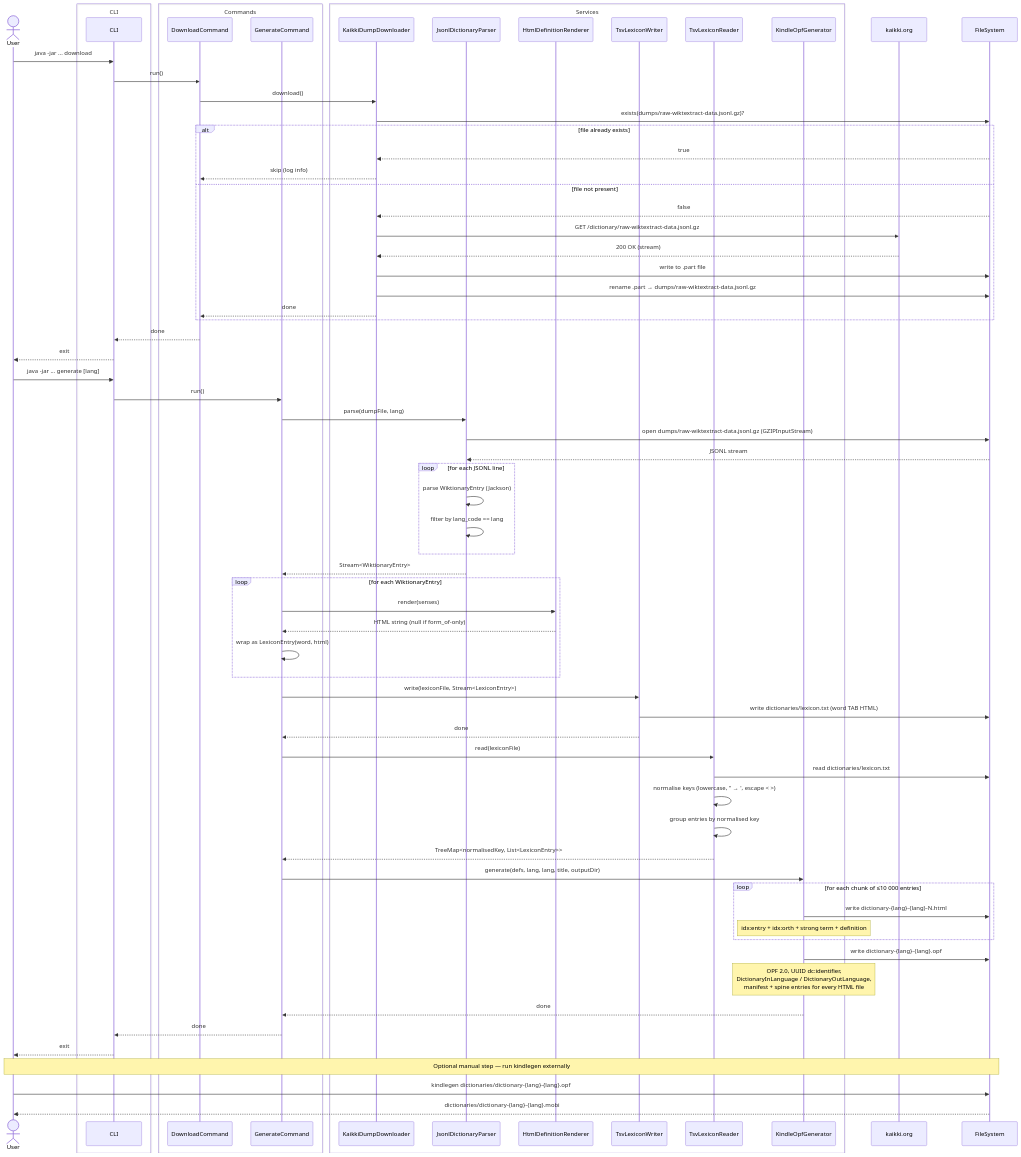
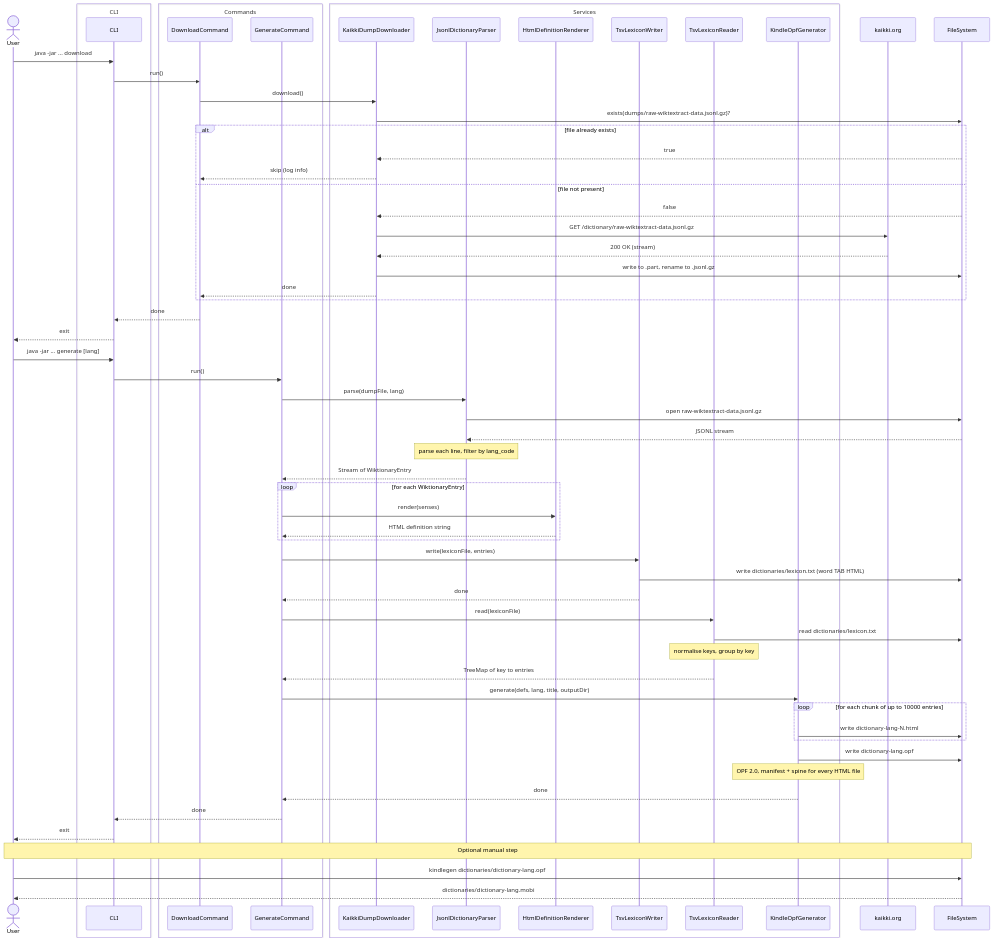
One commit to nyg/wiktionary-to-kindle changed the diagram in docs/program-flow.md. Above: the diagram before and after it, drawn with Mermaid.

Commit message:
docs: fix Mermaid diagram syntax in program-flow
Remove angle brackets in generic type labels, special Unicode chars
(→, ≤), self-referential arrows, and curly-brace placeholders — all
of which break GitHub's Mermaid renderer.

````diff
--- a/docs/program-flow.md
+++ b/docs/program-flow.md
@@ -39,8 +39,7 @@
         FileSystem-->>KaikkiDumpDownloader: false
         KaikkiDumpDownloader->>kaikki.org: GET /dictionary/raw-wiktextract-data.jsonl.gz
         kaikki.org-->>KaikkiDumpDownloader: 200 OK (stream)
-        KaikkiDumpDownloader->>FileSystem: write to .part file
-        KaikkiDumpDownloader->>FileSystem: rename .part → dumps/raw-wiktextract-data.jsonl.gz
+        KaikkiDumpDownloader->>FileSystem: write to .part, rename to .jsonl.gz
         KaikkiDumpDownloader-->>DownloadCommand: done
     end
 
@@ -53,48 +52,40 @@
     CLI->>GenerateCommand: run()
 
     GenerateCommand->>JsonlDictionaryParser: parse(dumpFile, lang)
-    JsonlDictionaryParser->>FileSystem: open dumps/raw-wiktextract-data.jsonl.gz (GZIPInputStream)
+    JsonlDictionaryParser->>FileSystem: open raw-wiktextract-data.jsonl.gz
     FileSystem-->>JsonlDictionaryParser: JSONL stream
-
-    loop for each JSONL line
-        JsonlDictionaryParser->>JsonlDictionaryParser: parse WiktionaryEntry (Jackson)
-        JsonlDictionaryParser->>JsonlDictionaryParser: filter by lang_code == lang
-    end
-
-    JsonlDictionaryParser-->>GenerateCommand: Stream<WiktionaryEntry>
+    Note over JsonlDictionaryParser: parse each line, filter by lang_code
+    JsonlDictionaryParser-->>GenerateCommand: Stream of WiktionaryEntry
 
     loop for each WiktionaryEntry
         GenerateCommand->>HtmlDefinitionRenderer: render(senses)
-        HtmlDefinitionRenderer-->>GenerateCommand: HTML string (null if form_of-only)
-        GenerateCommand->>GenerateCommand: wrap as LexiconEntry(word, html)
+        HtmlDefinitionRenderer-->>GenerateCommand: HTML definition string
     end
 
-    GenerateCommand->>TsvLexiconWriter: write(lexiconFile, Stream<LexiconEntry>)
+    GenerateCommand->>TsvLexiconWriter: write(lexiconFile, entries)
     TsvLexiconWriter->>FileSystem: write dictionaries/lexicon.txt (word TAB HTML)
     TsvLexiconWriter-->>GenerateCommand: done
 
     GenerateCommand->>TsvLexiconReader: read(lexiconFile)
     TsvLexiconReader->>FileSystem: read dictionaries/lexicon.txt
-    TsvLexiconReader->>TsvLexiconReader: normalise keys (lowercase, " → ', escape < >)
-    TsvLexiconReader->>TsvLexiconReader: group entries by normalised key
-    TsvLexiconReader-->>GenerateCommand: TreeMap<normalisedKey, List<LexiconEntry>>
+    Note over TsvLexiconReader: normalise keys, group by key
+    TsvLexiconReader-->>GenerateCommand: TreeMap of key to entries
 
-    GenerateCommand->>KindleOpfGenerator: generate(defs, lang, lang, title, outputDir)
+    GenerateCommand->>KindleOpfGenerator: generate(defs, lang, title, outputDir)
 
-    loop for each chunk of ≤10 000 entries
-        KindleOpfGenerator->>FileSystem: write dictionary-{lang}-{lang}-N.html
-        Note over KindleOpfGenerator: idx:entry + idx:orth + strong term + definition
+    loop for each chunk of up to 10000 entries
+        KindleOpfGenerator->>FileSystem: write dictionary-lang-N.html
     end
 
-    KindleOpfGenerator->>FileSystem: write dictionary-{lang}-{lang}.opf
-    Note over KindleOpfGenerator: OPF 2.0, UUID dc:identifier,<br/>DictionaryInLanguage / DictionaryOutLanguage,<br/>manifest + spine entries for every HTML file
+    KindleOpfGenerator->>FileSystem: write dictionary-lang.opf
+    Note over KindleOpfGenerator: OPF 2.0, manifest + spine for every HTML file
 
     KindleOpfGenerator-->>GenerateCommand: done
     GenerateCommand-->>CLI: done
     CLI-->>User: exit
 
     %% ── kindlegen (manual step) ───────────────────────────────────────────────
-    Note over User,FileSystem: Optional manual step — run kindlegen externally
-    User->>FileSystem: kindlegen dictionaries/dictionary-{lang}-{lang}.opf
-    FileSystem-->>User: dictionaries/dictionary-{lang}-{lang}.mobi
+    Note over User,FileSystem: Optional manual step
+    User->>FileSystem: kindlegen dictionaries/dictionary-lang.opf
+    FileSystem-->>User: dictionaries/dictionary-lang.mobi
 ```
````
